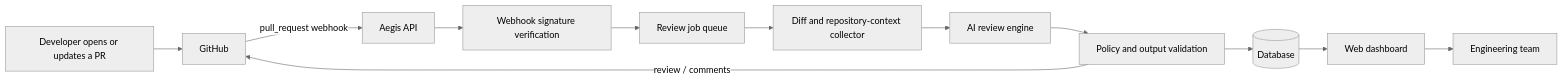
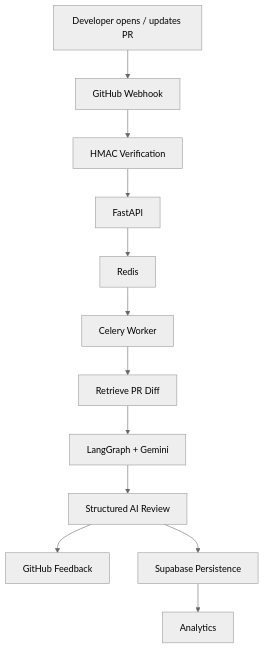
The second of 3 diagrams in README.md (parasbishnoi029/ai-reviewer), drawn with Mermaid (neutral theme) before and after one commit. The commit also changed other lines of this file, not shown here.

````diff
--- a/README.md
+++ b/README.md
@@ -38,14 +199,14 @@
 ```mermaid
-flowchart LR
-    Dev[Developer opens or updates a PR] --> GH[GitHub]
-    GH -->|pull_request webhook| API[Aegis API]
-    API --> Verify[Webhook signature verification]
-    Verify --> Queue[Review job queue]
-    Queue --> Collector[Diff and repository-context collector]
-    Collector --> Engine[AI review engine]
-    Engine --> Policy[Policy and output validation]
-    Policy --> Store[(Database)]
-    Policy -->|review / comments| GH
-    Store --> Dashboard[Web dashboard]
-    Dashboard --> Team[Engineering team]
+flowchart TD
+    A[Developer opens / updates PR] --> B[GitHub Webhook]
+    B --> C[HMAC Verification]
+    C --> D[FastAPI]
+    D --> E[Redis]
+    E --> F[Celery Worker]
+    F --> G[Retrieve PR Diff]
+    G --> H[LangGraph + Gemini]
+    H --> I[Structured AI Review]
+    I --> J[GitHub Feedback]
+    I --> K[Supabase Persistence]
+    K --> L[Analytics]
 ```
````
